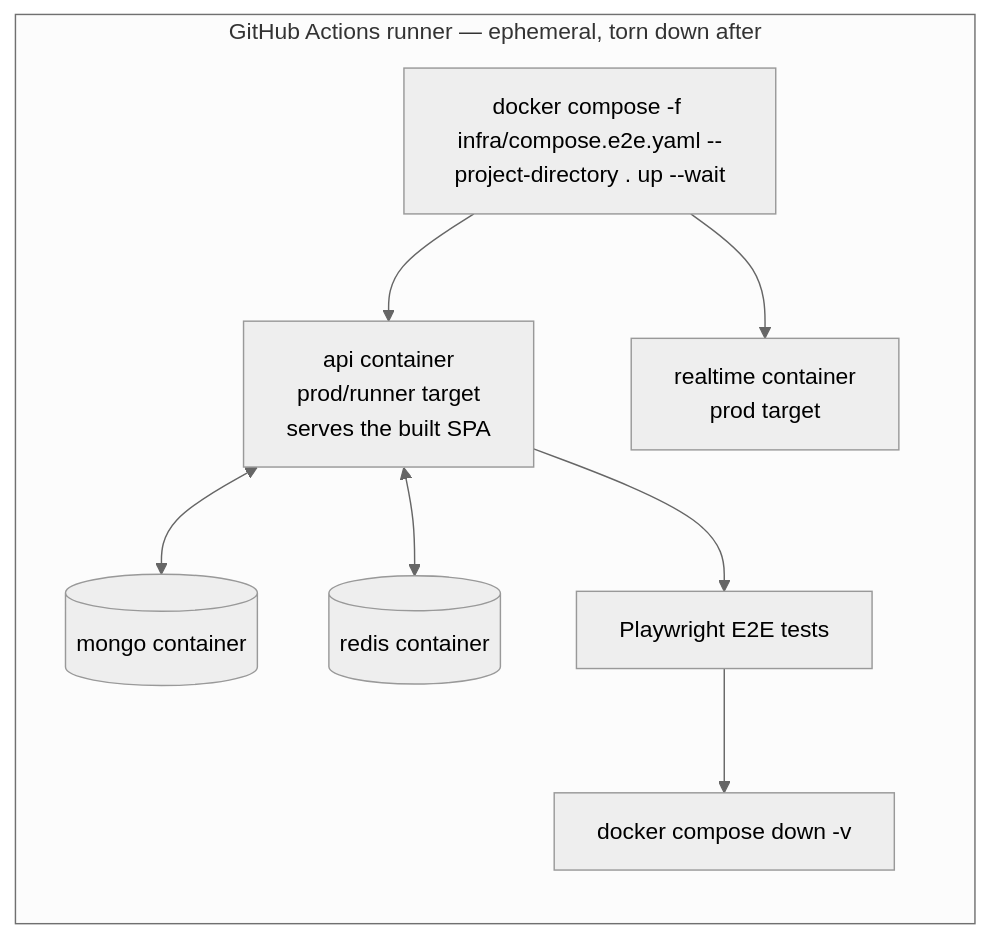
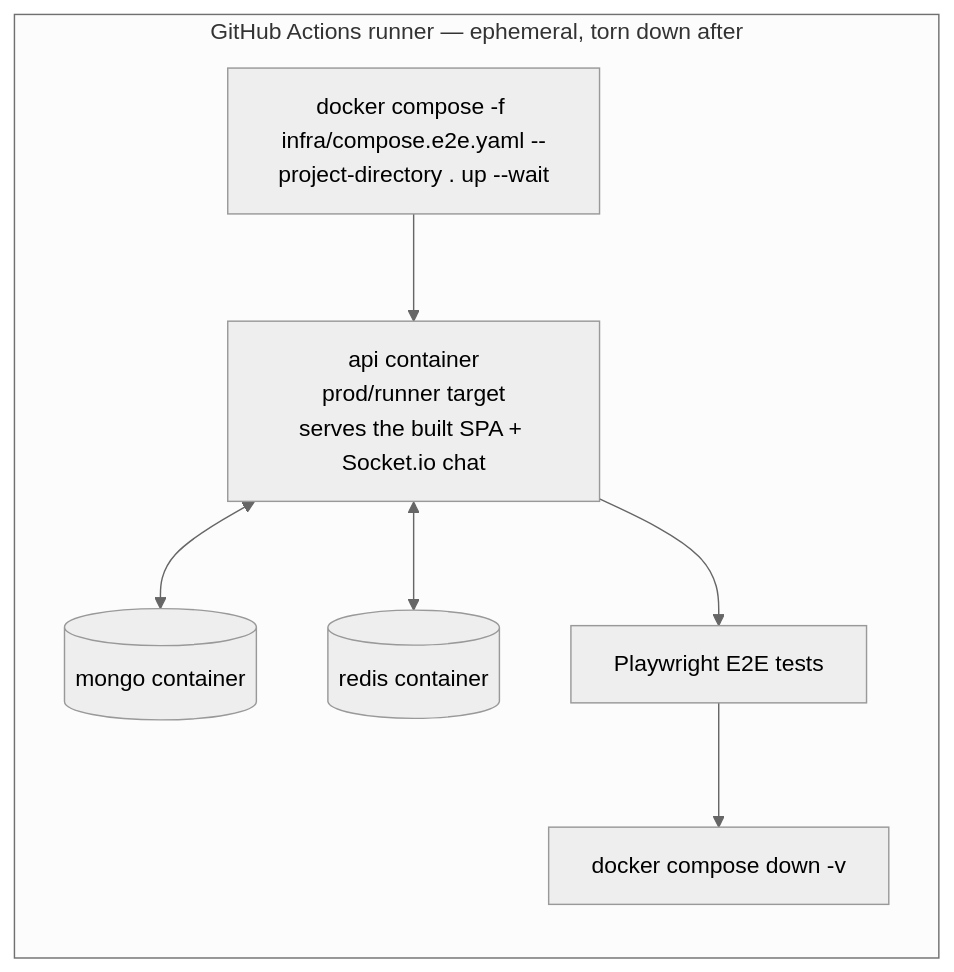
Before and after one commit to YonatanHen/Blog-Chat-app: the fourth of 4 diagrams in docs/architecture/deployment-architecture.md, drawn with Mermaid (neutral theme). The commit also changed other lines of this file and 2 other files, not shown here.

First line of the commit message:
docs: chat is built - tick the section 14 chat items and update the README

````diff
--- a/docs/architecture/deployment-architecture.md
+++ b/docs/architecture/deployment-architecture.md
@@ -145,11 +143,10 @@
 ```mermaid
 flowchart LR
     subgraph Runner["GitHub Actions runner — ephemeral, torn down after"]
-        Compose["docker compose -f infra/compose.e2e.yaml --project-directory . up --wait"] --> ApiE2E["api container<br/>prod/runner target<br/>serves the built SPA"]
-        Compose --> RealtimeE2E["realtime container<br/>prod target"]
+        Compose["docker compose -f infra/compose.e2e.yaml --project-directory . up --wait"] --> ApiE2E["api container<br/>prod/runner target<br/>serves the built SPA + Socket.io chat"]
         ApiE2E <--> MongoE2E[("mongo container")]
         ApiE2E <--> RedisE2E[("redis container")]
         ApiE2E --> PW["Playwright E2E tests"]
         PW --> Down["docker compose down -v"]
     end
 ```
````
